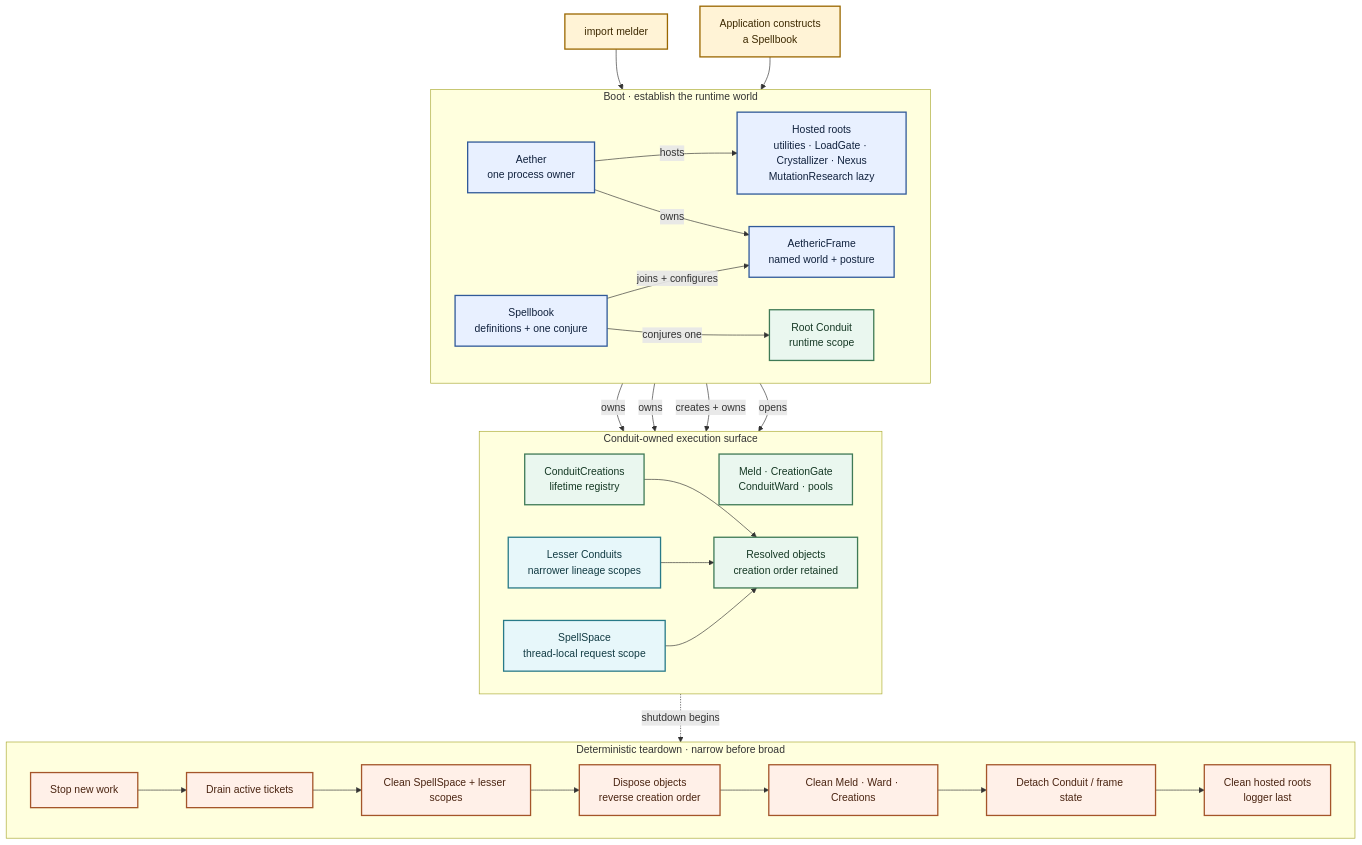
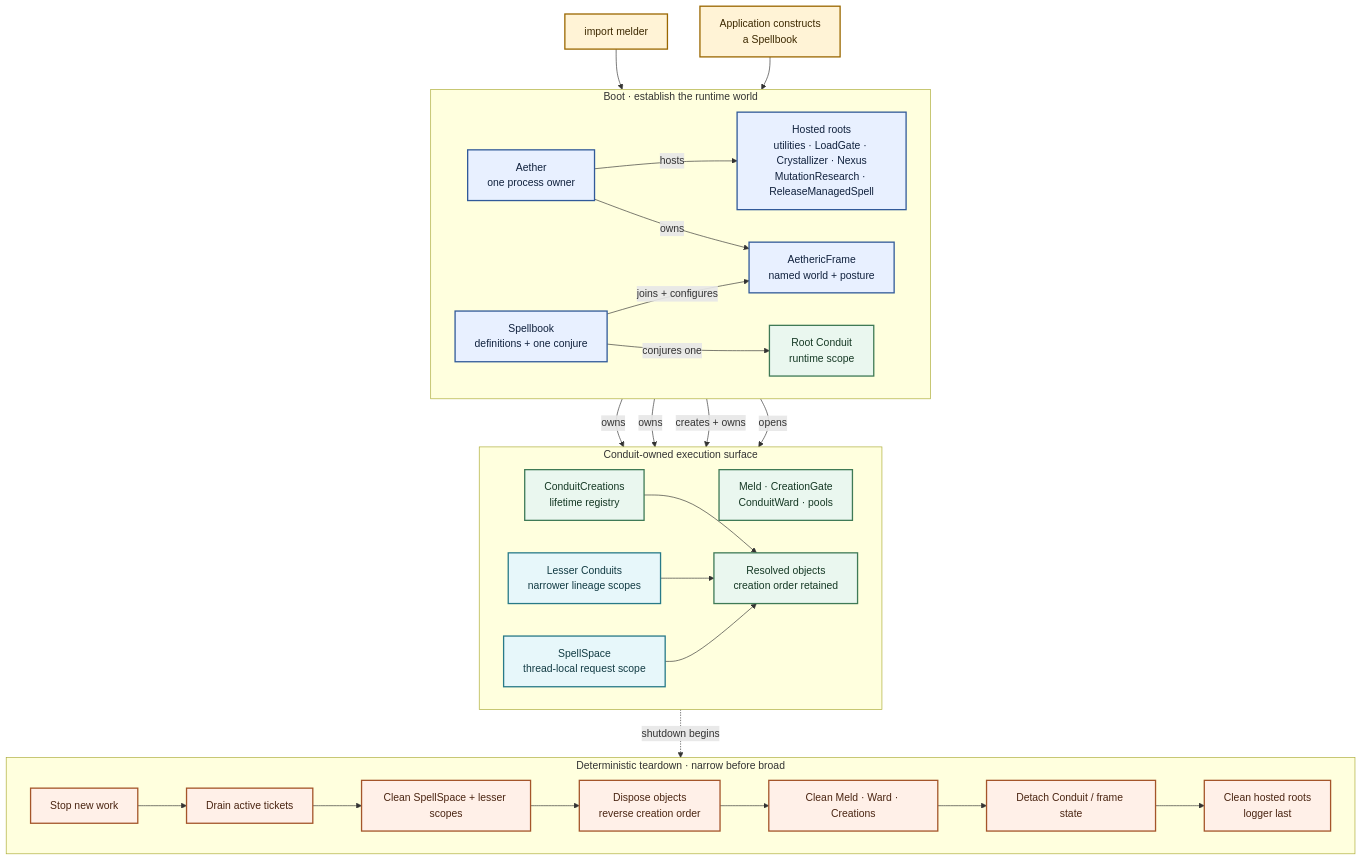
The diagram in architecture_and_design/05_engineering_drawings/mermaid/boot_and_ownership_lifecycle.mmd (Synaptic724/melder), drawn with Mermaid before and after one commit. The commit also changed 109 other files, not shown here.

```diff
--- a/architecture_and_design/05_engineering_drawings/mermaid/boot_and_ownership_lifecycle.mmd
+++ b/architecture_and_design/05_engineering_drawings/mermaid/boot_and_ownership_lifecycle.mmd
@@ -1,62 +1,62 @@
 flowchart TB
     accTitle: Melder boot and ownership lifecycle
     accDescr: Import creates the Aether process owner and hosted roots but no frames. The first Spellbook lazily establishes a named AethericFrame, binds definitions, and conjures one root Conduit. Conduits own execution, gating, relationship, pool, and lifetime services. Narrow scopes and created objects clean before their owners, while loggers are released last.
 
     import["import melder"]
     app["Application constructs<br/>a Spellbook"]
 
     subgraph boot["Boot · establish the runtime world"]
         direction LR
         aether["Aether<br/>one process owner"]
-        roots["Hosted roots<br/>utilities · LoadGate · Crystallizer · Nexus<br/>MutationResearch lazy"]
+        roots["Hosted roots<br/>utilities · LoadGate · Crystallizer · Nexus<br/>MutationResearch · ReleaseManagedSpell"]
         frame["AethericFrame<br/>named world + posture"]
         book["Spellbook<br/>definitions + one conjure"]
         conduit["Root Conduit<br/>runtime scope"]
 
         aether -->|"hosts"| roots
         aether -->|"owns"| frame
         book -->|"joins + configures"| frame
         book -->|"conjures one"| conduit
     end
 
     subgraph owned["Conduit-owned execution surface"]
         direction LR
         services["Meld · CreationGate<br/>ConduitWard · pools"]
         creations["ConduitCreations<br/>lifetime registry"]
         lesser["Lesser Conduits<br/>narrower lineage scopes"]
         spellspace["SpellSpace<br/>thread-local request scope"]
         objects["Resolved objects<br/>creation order retained"]
 
         conduit -->|"owns"| services
         conduit -->|"owns"| creations
         conduit -->|"creates + owns"| lesser
         conduit -->|"opens"| spellspace
         creations --> objects
         lesser --> objects
         spellspace --> objects
     end
 
     subgraph teardown["Deterministic teardown · narrow before broad"]
         direction LR
         stop["Stop new work"] --> drain["Drain active tickets"]
         drain --> narrow["Clean SpellSpace + lesser scopes"]
         narrow --> reverse["Dispose objects<br/>reverse creation order"]
         reverse --> runtime["Clean Meld · Ward · Creations"]
         runtime --> frame_down["Detach Conduit / frame state"]
         frame_down --> roots_down["Clean hosted roots<br/>logger last"]
     end
 
     import --> aether
     app --> book
     objects -.->|"shutdown begins"| stop
 
     classDef actor fill:#fff3d6,stroke:#9a6700,color:#3d2900,stroke-width:2px
     classDef owner fill:#e8f0ff,stroke:#315a99,color:#10213d,stroke-width:2px
     classDef execution fill:#eaf7ef,stroke:#3f7a56,color:#153824,stroke-width:2px
     classDef scope fill:#e7f7fa,stroke:#287a88,color:#123b43,stroke-width:2px
     classDef teardown fill:#fff0e8,stroke:#a4552a,color:#4a2411,stroke-width:2px
     class import,app actor
     class aether,roots,frame,book owner
     class conduit,services,creations,objects execution
     class lesser,spellspace scope
     class stop,drain,narrow,reverse,runtime,frame_down,roots_down teardown
```
